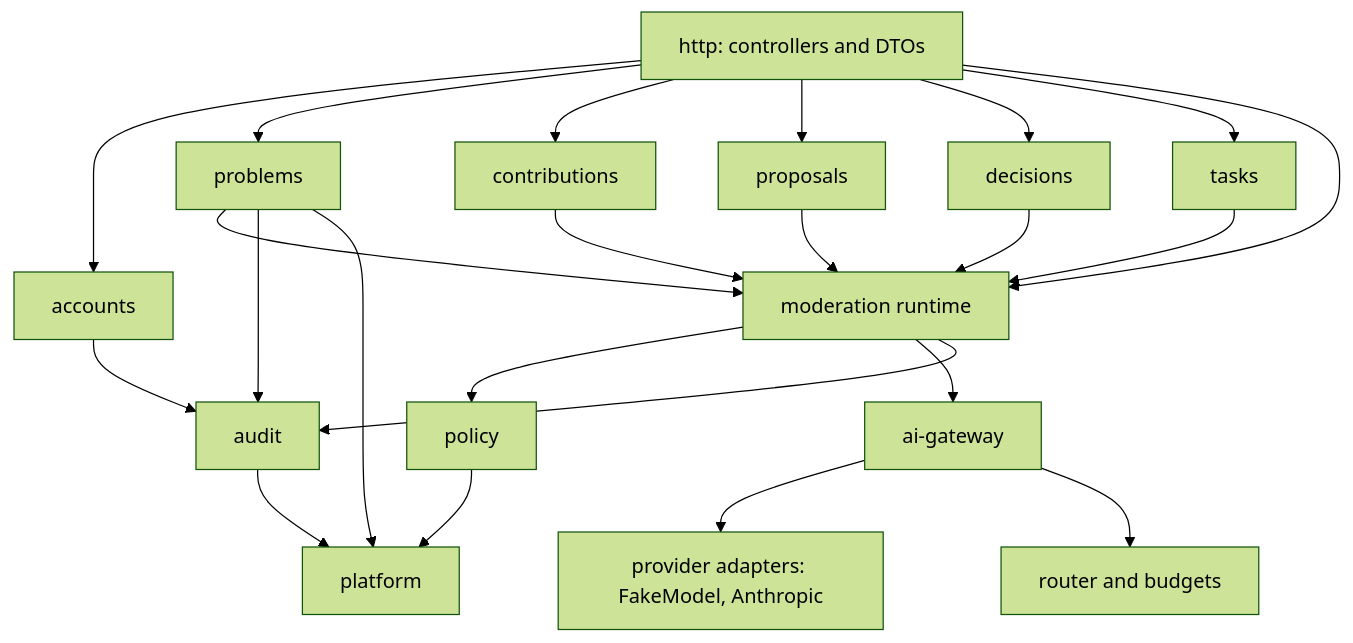
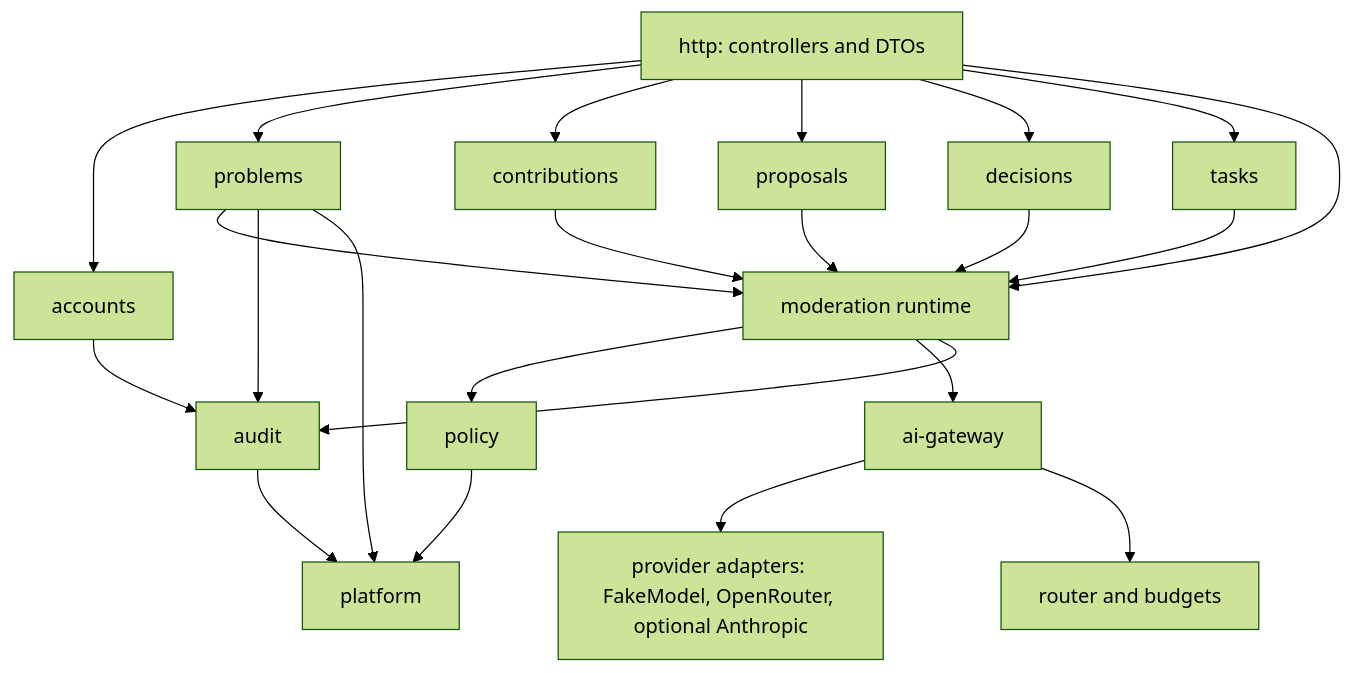
Before and after one commit to community-action-network-oss/community_action_network_oss: the first of 3 diagrams in docs/design/components/server.md, drawn with Mermaid (forest theme). The commit also changed other lines of this file and 16 other files, not shown here.

Commit message:
W8 P1: design, spec and ADR 0014 for OpenRouter free-first models

````diff
--- a/docs/design/components/server.md
+++ b/docs/design/components/server.md
@@ -9,25 +9,25 @@
 ```mermaid
 flowchart TD
   http[http: controllers and DTOs] --> acc[accounts]
   http --> prob[problems]
   http --> contrib[contributions]
   http --> prop[proposals]
   http --> dec[decisions]
   http --> task[tasks]
   http --> modr[moderation runtime]
   prob --> modr
   contrib --> modr
   prop --> modr
   dec --> modr
   task --> modr
   modr --> pol[policy]
   modr --> gw[ai-gateway]
-  gw --> adapters[provider adapters: FakeModel, Anthropic]
+  gw --> adapters[provider adapters: FakeModel, OpenRouter, optional Anthropic]
   gw --> budgets[router and budgets]
   modr --> aud[audit]
   acc --> aud
   prob --> aud
   pol --> plat[platform]
   aud --> plat
   prob --> plat
 ```
````
